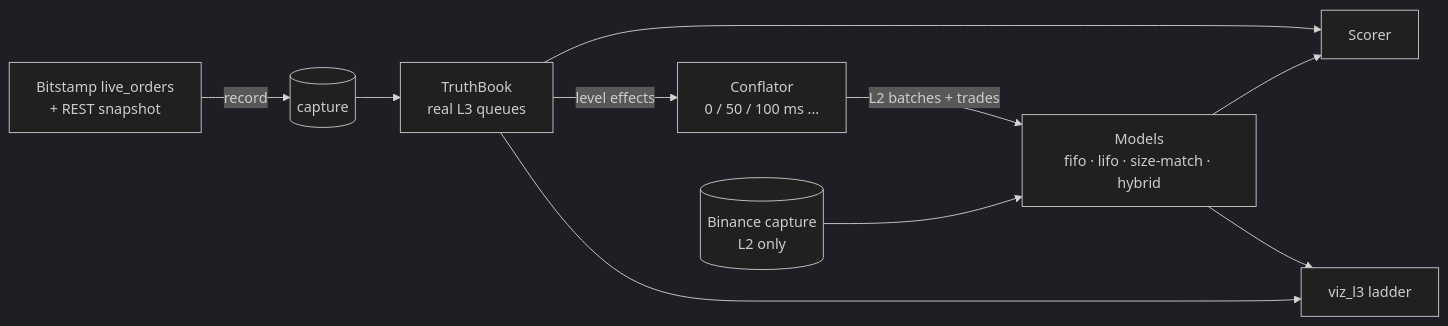
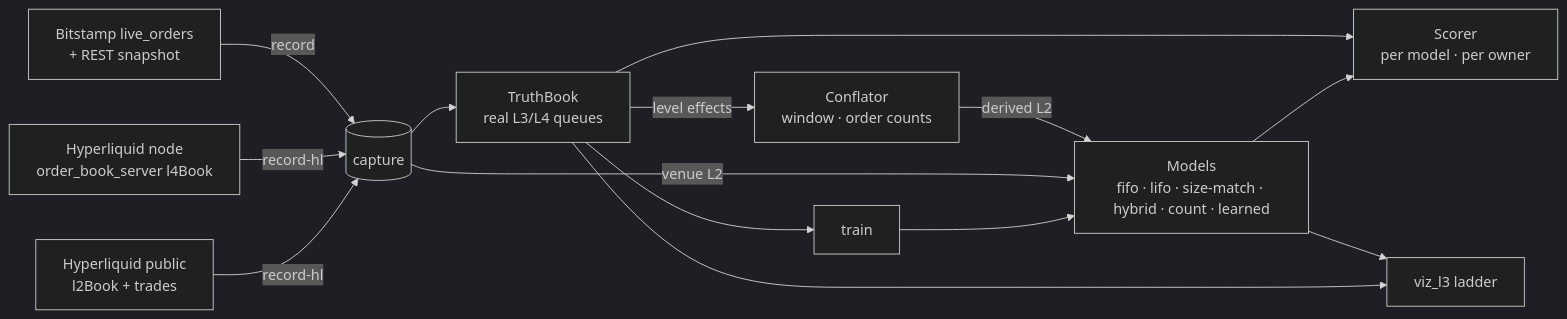
One commit to vorkuta1/hft-rs changed the diagram in README.md. Above: the diagram before and after it, drawn with Mermaid (dark theme). The commit also changed other lines of this file and 12 other files, not shown here.

First line of the commit message:
feat: Hyperliquid L4 venue, order-count and learned models, per-owner scoring

````diff
--- a/README.md
+++ b/README.md
@@ -7,12 +7,15 @@
 ```mermaid
 flowchart LR
-    WS[Bitstamp live_orders<br/>+ REST snapshot] -->|record| CAP[(capture)]
-    CAP --> TB[TruthBook<br/>real L3 queues]
-    TB -->|level effects| CF[Conflator<br/>0 / 50 / 100 ms ...]
-    CF -->|L2 batches + trades| M[Models<br/>fifo · lifo · size-match · hybrid]
-    TB --> SC[Scorer]
+    BS[Bitstamp live_orders<br/>+ REST snapshot] -->|record| CAP[(capture)]
+    HL[Hyperliquid node<br/>order_book_server l4Book] -->|record-hl| CAP
+    HP[Hyperliquid public<br/>l2Book + trades] -->|record-hl| CAP
+    CAP --> TB[TruthBook<br/>real L3/L4 queues]
+    TB -->|level effects| CF[Conflator<br/>window · order counts]
+    CF -->|derived L2| M[Models<br/>fifo · lifo · size-match · hybrid · count · learned]
+    CAP -->|venue L2| M
+    TB --> SC[Scorer<br/>per model · per owner]
     M --> SC
+    TB --> TR[train] --> M
     M --> VIZ[viz_l3 ladder]
     TB --> VIZ
-    BN[(Binance capture<br/>L2 only)] --> M
 ```
````
